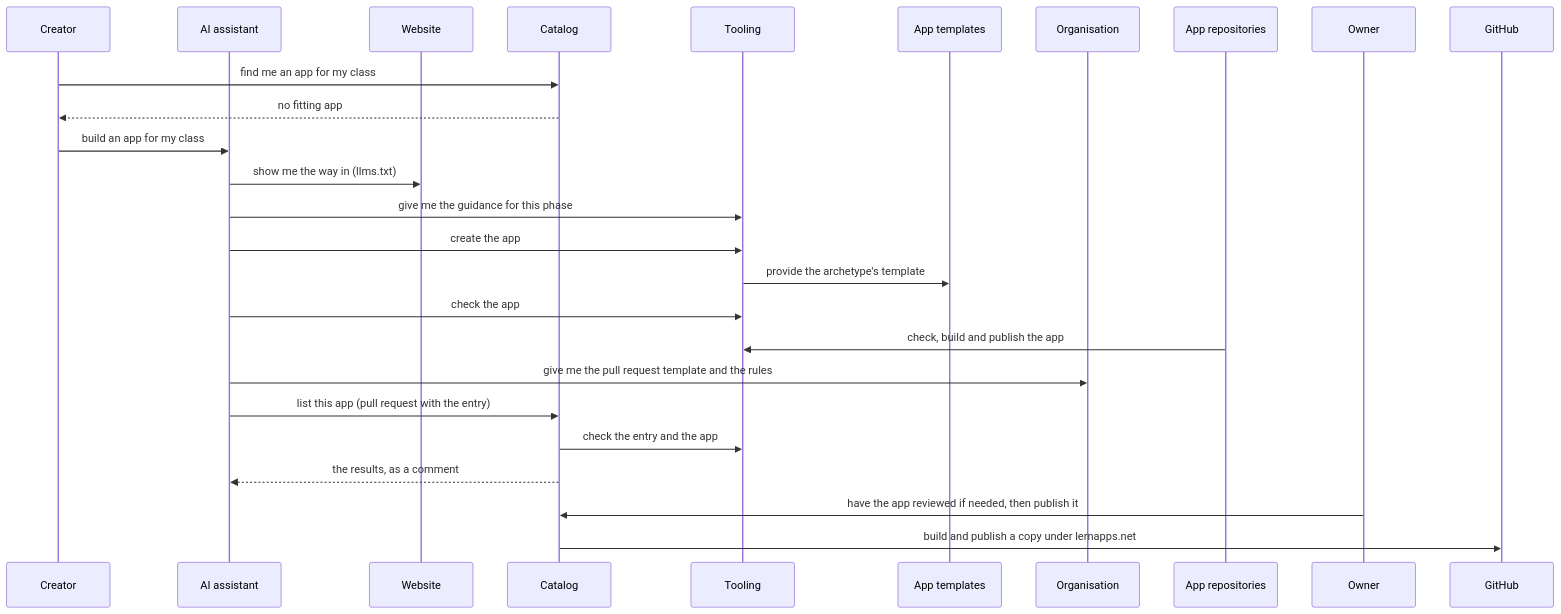
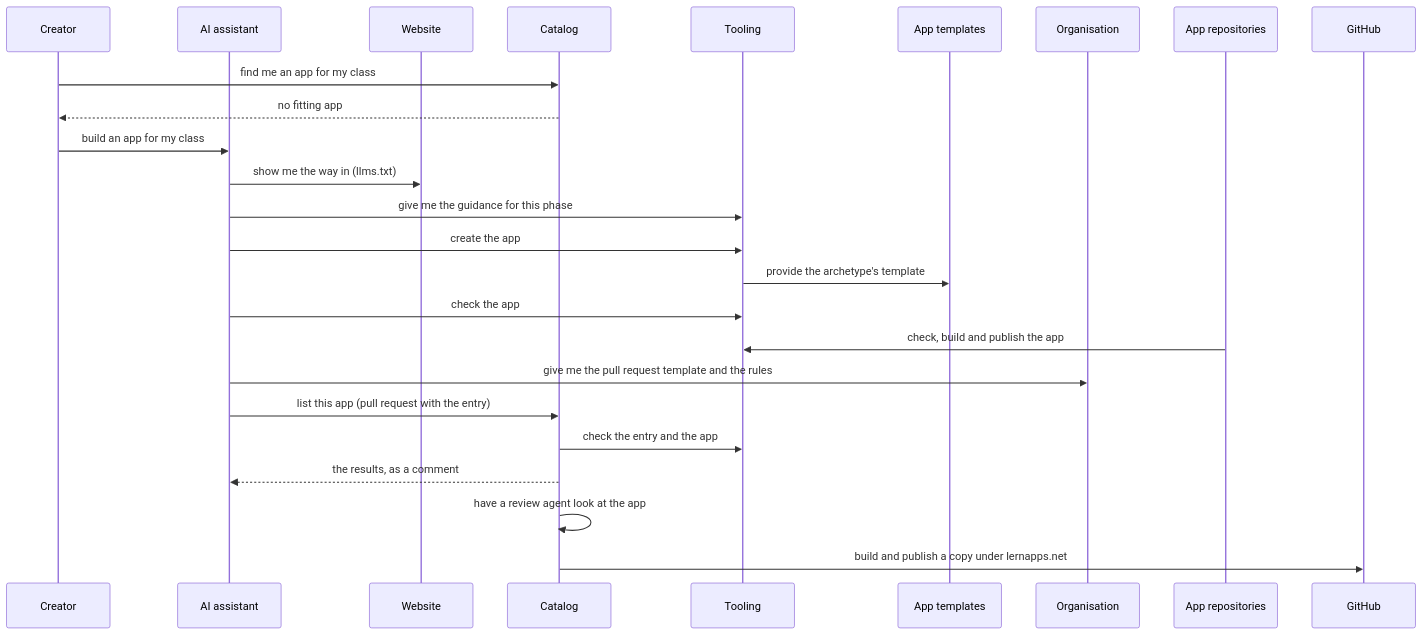
Before and after one commit to lernapps/docs: the third of 6 diagrams in docs/arc42/06-runtime-view.arc42.md, drawn with Mermaid. The commit also changed other lines of this file and 7 other files, not shown here.

````diff
--- a/docs/arc42/06-runtime-view.arc42.md
+++ b/docs/arc42/06-runtime-view.arc42.md
@@ -114,28 +115,27 @@
 ```mermaid
 sequenceDiagram
     participant creator as Creator
     participant assistant as AI assistant
     participant website as Website
     participant catalog as Catalog
     participant tooling as Tooling
     participant templates as App templates
     participant org as Organisation
     participant appactions as App repositories
-    participant owner as Owner
     participant github as GitHub
     creator->>catalog: find me an app for my class
     catalog-->>creator: no fitting app
     creator->>assistant: build an app for my class
     assistant->>website: show me the way in (llms.txt)
     assistant->>tooling: give me the guidance for this phase
     assistant->>tooling: create the app
     tooling->>templates: provide the archetype's template
     assistant->>tooling: check the app
     appactions->>tooling: check, build and publish the app
     assistant->>org: give me the pull request template and the rules
     assistant->>catalog: list this app (pull request with the entry)
     catalog->>tooling: check the entry and the app
     catalog-->>assistant: the results, as a comment
-    owner->>catalog: have the app reviewed if needed, then publish it
+    catalog->>catalog: have a review agent look at the app
     catalog->>github: build and publish a copy under lernapps.net
 ```
````
